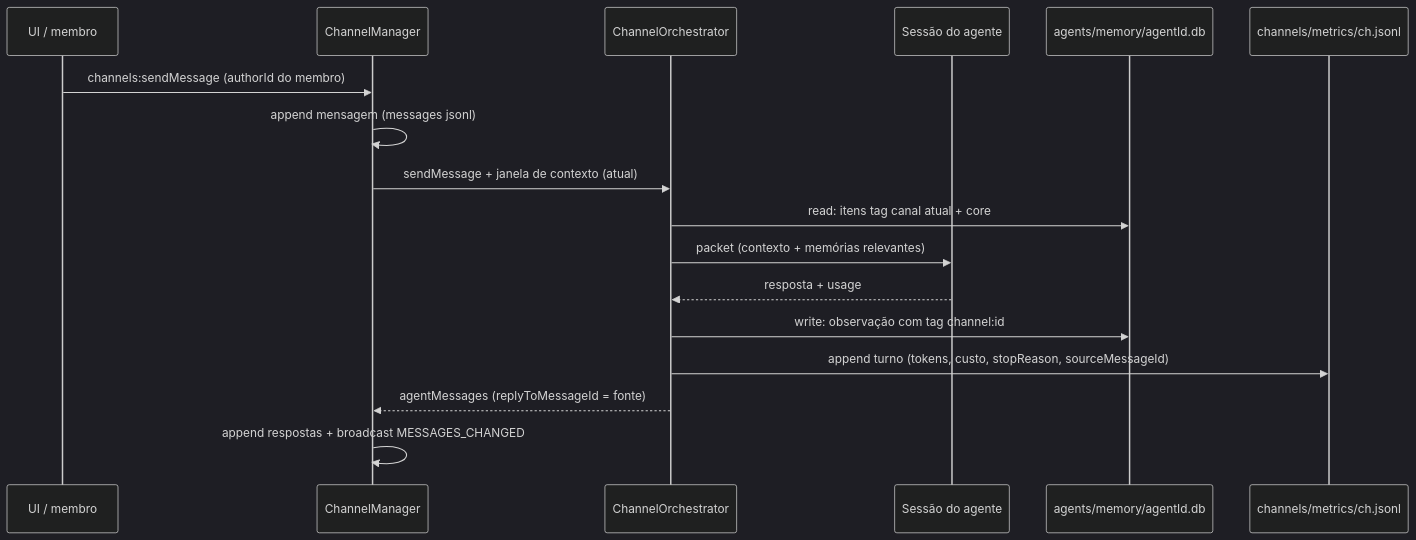
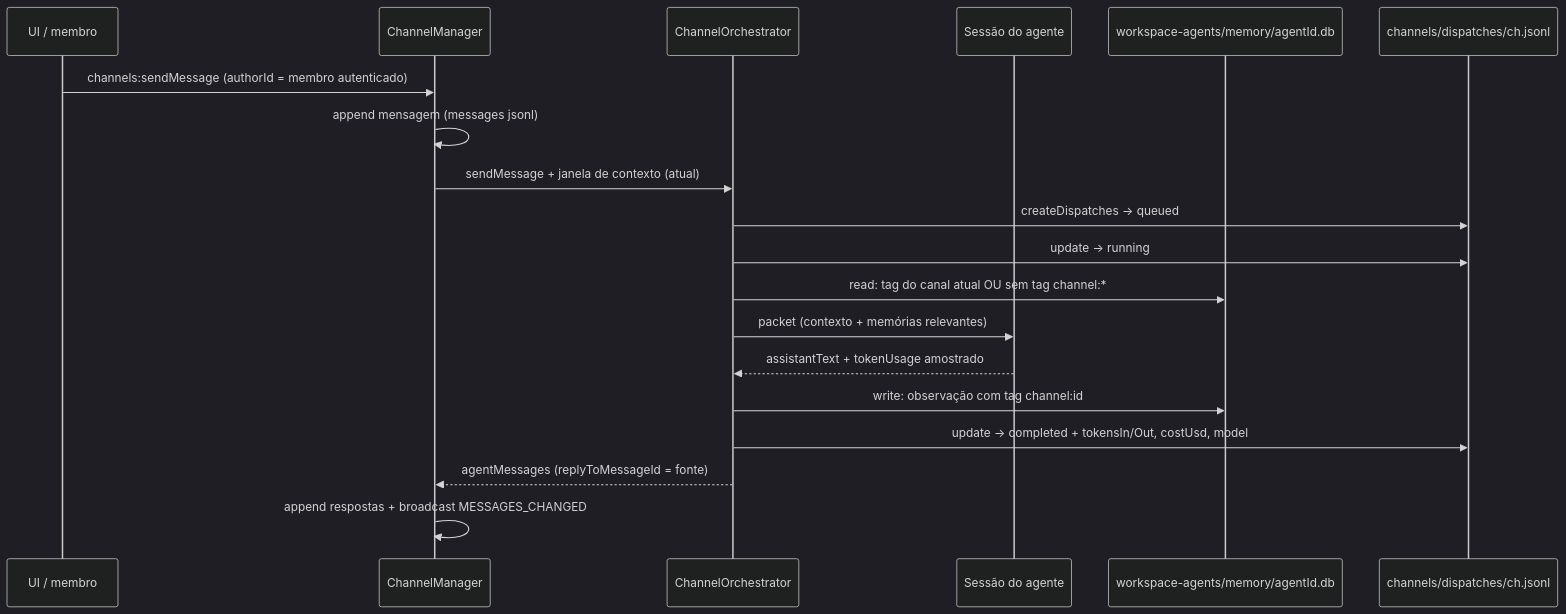
One commit to guilhermexp/craft-agents-oss changed the second of 3 diagrams in docs/plans/2026-08-05-001-feat-war-room-agent-membership-plan.md. Above: the diagram before and after it, drawn with Mermaid (dark theme). The commit also changed other lines of this file, not shown here.

````diff
--- a/docs/plans/2026-08-05-001-feat-war-room-agent-membership-plan.md
+++ b/docs/plans/2026-08-05-001-feat-war-room-agent-membership-plan.md
@@ -165,20 +262,22 @@
 ```mermaid
 sequenceDiagram
     participant U as UI / membro
     participant CM as ChannelManager
     participant CO as ChannelOrchestrator
     participant AG as Sessão do agente
-    participant MEM as agents/memory/agentId.db
-    participant MET as channels/metrics/ch.jsonl
+    participant MEM as workspace-agents/memory/agentId.db
+    participant DSP as channels/dispatches/ch.jsonl
 
-    U->>CM: channels:sendMessage (authorId do membro)
+    U->>CM: channels:sendMessage (authorId = membro autenticado)
     CM->>CM: append mensagem (messages jsonl)
     CM->>CO: sendMessage + janela de contexto (atual)
-    CO->>MEM: read: itens tag canal atual + core
+    CO->>DSP: createDispatches → queued
+    CO->>DSP: update → running
+    CO->>MEM: read: tag do canal atual OU sem tag channel:*
     CO->>AG: packet (contexto + memórias relevantes)
-    AG-->>CO: resposta + usage
+    AG-->>CO: assistantText + tokenUsage amostrado
     CO->>MEM: write: observação com tag channel:id
-    CO->>MET: append turno (tokens, custo, stopReason, sourceMessageId)
+    CO->>DSP: update → completed + tokensIn/Out, costUsd, model
     CO-->>CM: agentMessages (replyToMessageId = fonte)
     CM->>CM: append respostas + broadcast MESSAGES_CHANGED
 ```
````
